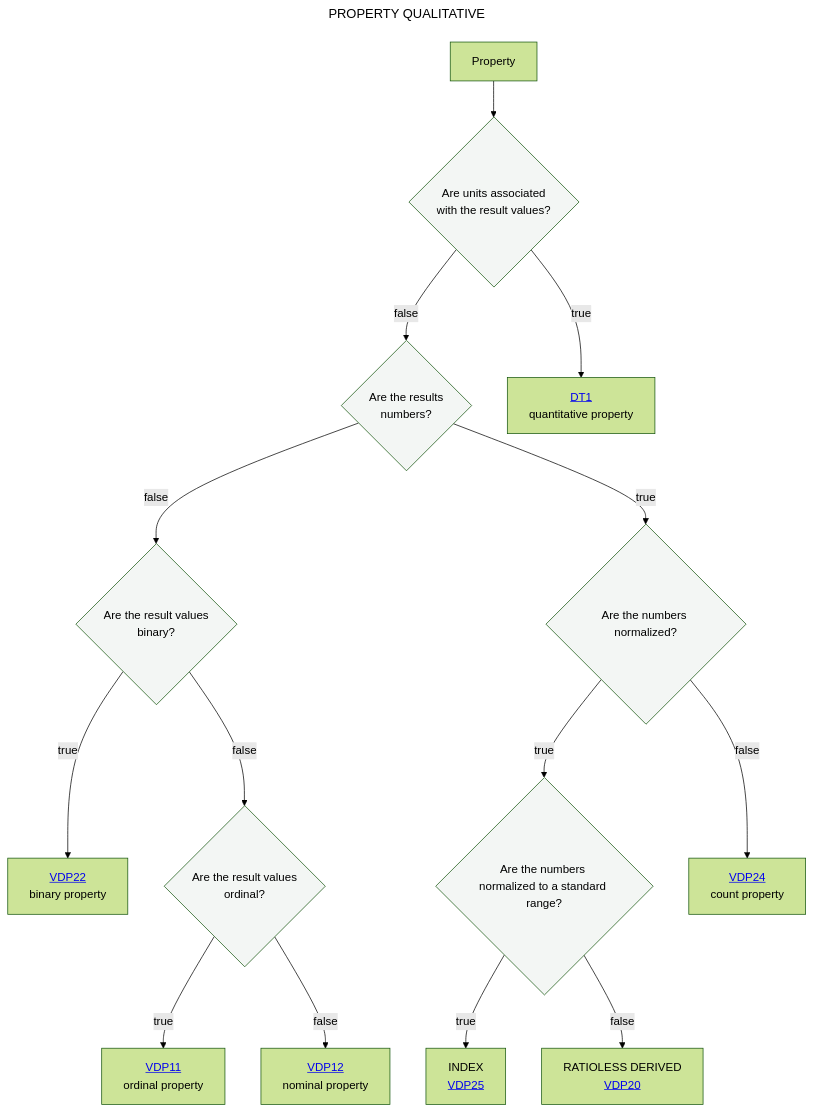
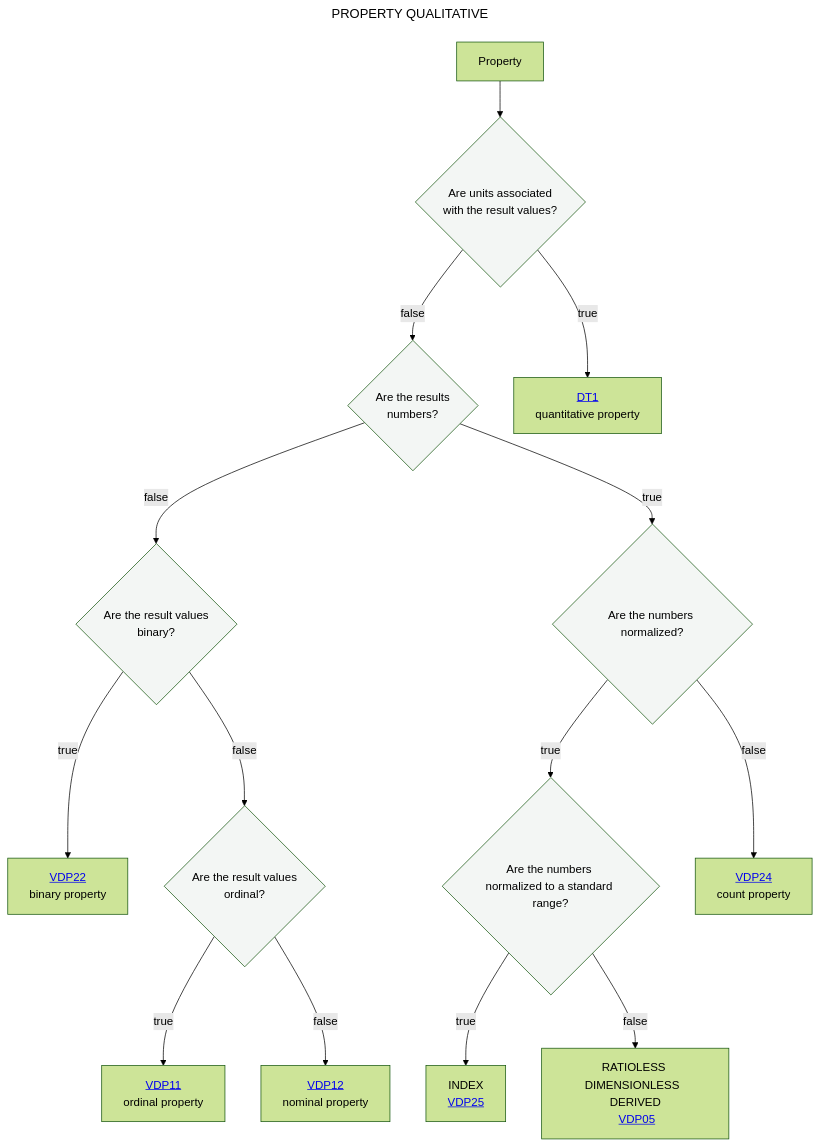
Before and after one commit to mabablue/I-ADOPT-patterns-playground: the diagram in Decisition_trees/DT0.mmd, drawn with Mermaid (forest theme).

```diff
--- a/Decisition_trees/DT0.mmd
+++ b/Decisition_trees/DT0.mmd
@@ -1,21 +1,21 @@
 ---
 title: PROPERTY QUALITATIVE
 ---
 flowchart TD
     A[Property] --> B{Are units associated <br> with the result values?}:::white
     B --> |false|C{Are the results <br> numbers?}:::white
     B --> |true|D[<a href='https://github.com/mabablue/I-ADOPT-patterns-playground/blob/main/Decisition_trees/DT1.mmd'>DT1</a><br> quantitative property] 
     C --> |false|E{Are the result values <br> binary?}:::white
     C --> |true|H{Are the numbers normalized?}:::white
     H --> |true|HI{Are the numbers normalized to a standard range?}:::white
     HI --> |true|HJ[INDEX <br> <a href='https://github.com/mabablue/I-ADOPT-patterns-playground/blob/main/pattern/VDP25.yaml'>VDP25</a>]
-    HI --> |false|HL[RATIOLESS DERIVED <br> <a href='https://github.com/mabablue/I-ADOPT-patterns-playground/blob/main/pattern/VDP20.yaml'>VDP20</a>]
+    HI --> |false|HL[RATIOLESS DIMENSIONLESS  <br> DERIVED <br> <a href='https://github.com/mabablue/I-ADOPT-patterns-playground/blob/main/pattern/VDP05.yaml'>VDP05</a>]
     H --> |false|HK[<a href='https://github.com/mabablue/I-ADOPT-patterns-playground/blob/main/pattern/VDP24.yaml'>VDP24</a><br> count property] 
     E --> |true|F[<a href='https://github.com/mabablue/I-ADOPT-patterns-playground/blob/main/pattern/VDP22.yaml'>VDP22</a><br> binary property] 
     E --> |false|I{Are the result values <br> ordinal?}:::white
     I --> |true|J[<a href='https://github.com/mabablue/I-ADOPT-patterns-playground/blob/main/pattern/VDP11.yaml'>VDP11</a><br> ordinal property] 
     I --> |false|K[<a href='https://github.com/mabablue/I-ADOPT-patterns-playground/blob/main/pattern/VDP12.yaml'>VDP12</a><br> nominal property] 
    classDef blue fill:#90D5FF
    classDef satblue fill:#57B9FF 
    classDef white fill:#f3f6f4
    classDef green fill:#6aa84f
```
